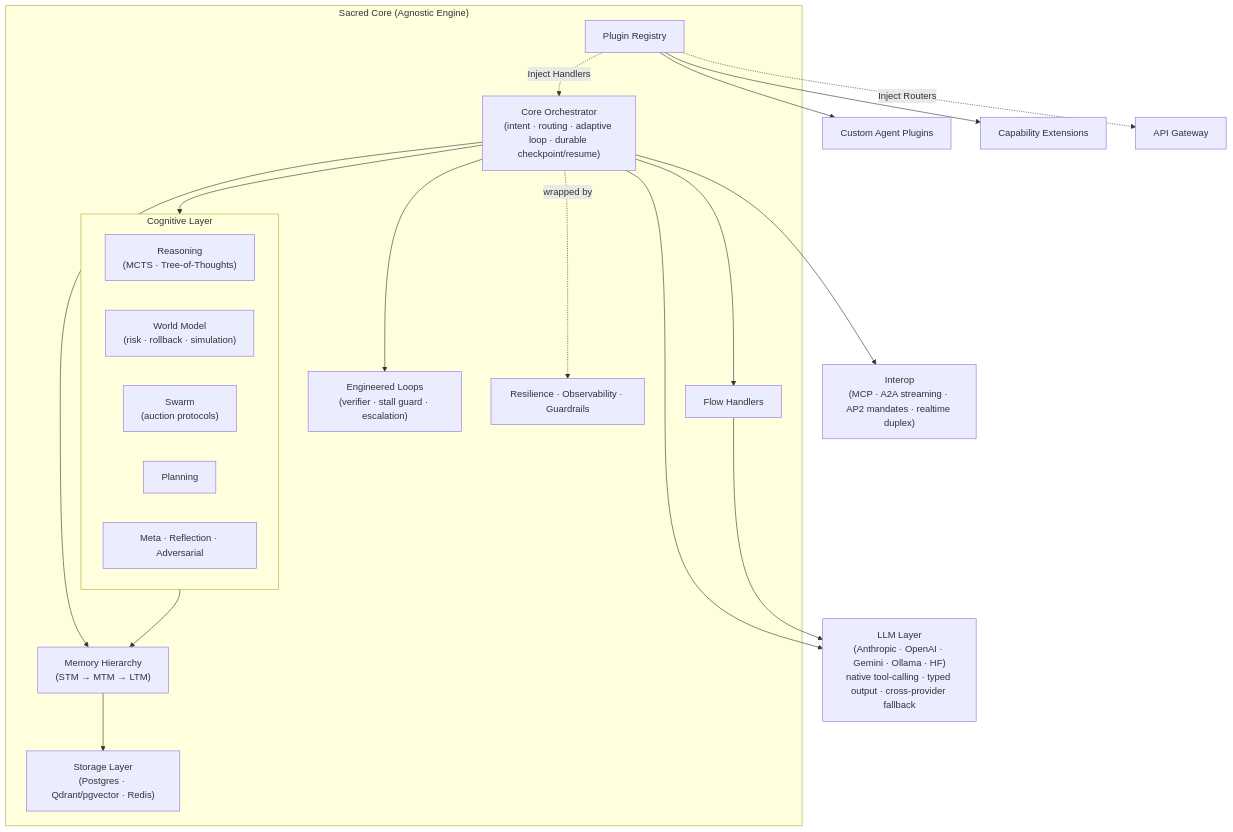
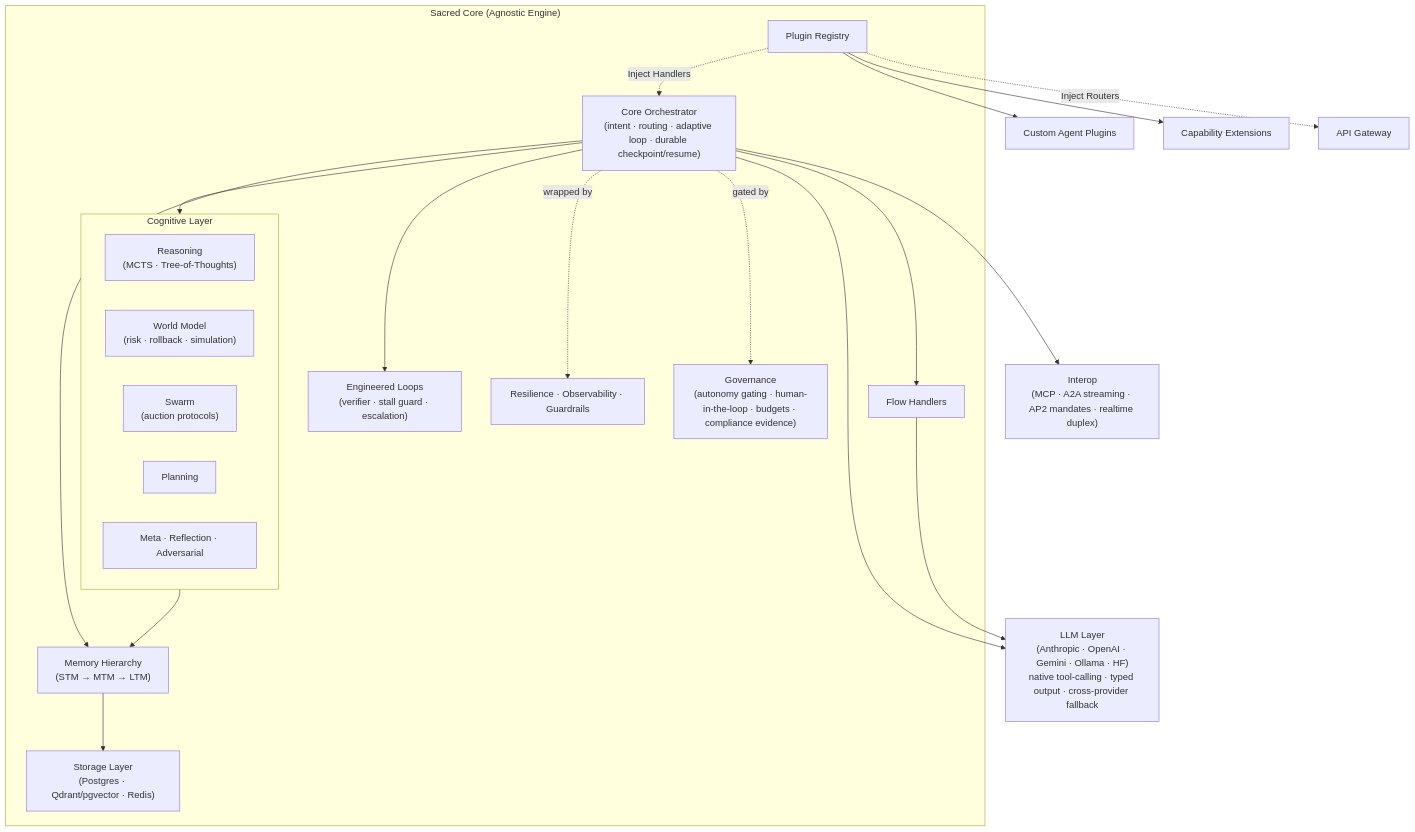
The diagram in README.md (baselithcore/baselithcore), drawn with Mermaid before and after one commit. The commit also changed other lines of this file, not shown here.

````diff
--- a/README.md
+++ b/README.md
@@ -77,39 +119,41 @@
 ```mermaid
 graph TD
     subgraph SC["Sacred Core (Agnostic Engine)"]
         A["Core Orchestrator<br/>(intent · routing · adaptive loop · durable checkpoint/resume)"]
         F["Flow Handlers"]
 
         subgraph COG["Cognitive Layer"]
             RE["Reasoning<br/>(MCTS · Tree-of-Thoughts)"]
             WM["World Model<br/>(risk · rollback · simulation)"]
             SW["Swarm<br/>(auction protocols)"]
             PL["Planning"]
             MT["Meta · Reflection · Adversarial"]
         end
 
         LP["Engineered Loops<br/>(verifier · stall guard · escalation)"]
         M["Memory Hierarchy<br/>(STM → MTM → LTM)"]
         S["Storage Layer<br/>(Postgres · Qdrant/pgvector · Redis)"]
         R["Plugin Registry"]
         RES["Resilience · Observability · Guardrails"]
+        GOV["Governance<br/>(autonomy gating · human-in-the-loop · budgets · compliance evidence)"]
     end
 
     A --> COG
     A --> F
     A --> LP
     A --> M
     M --> S
     COG --> M
 
     R --> C["Custom Agent Plugins"]
     R --> D["Capability Extensions"]
     R -.->|Inject Handlers| A
     R -.->|Inject Routers| G["API Gateway"]
 
     A --> H["LLM Layer<br/>(Anthropic · OpenAI · Gemini · Ollama · HF)<br/>native tool-calling · typed output · cross-provider fallback"]
     F --> H
 
     A --> I["Interop<br/>(MCP · A2A streaming · AP2 mandates · realtime duplex)"]
     A -.->|wrapped by| RES
+    A -.->|gated by| GOV
 ```
````
